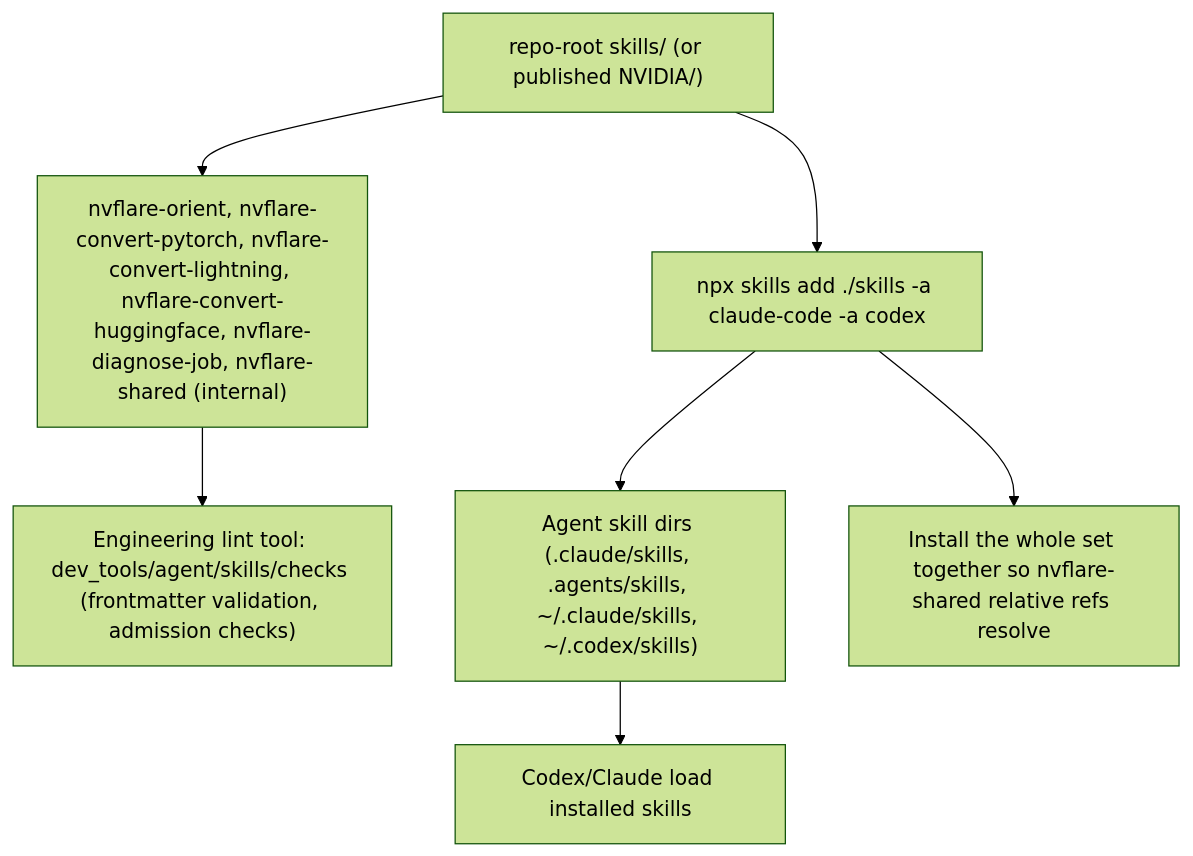
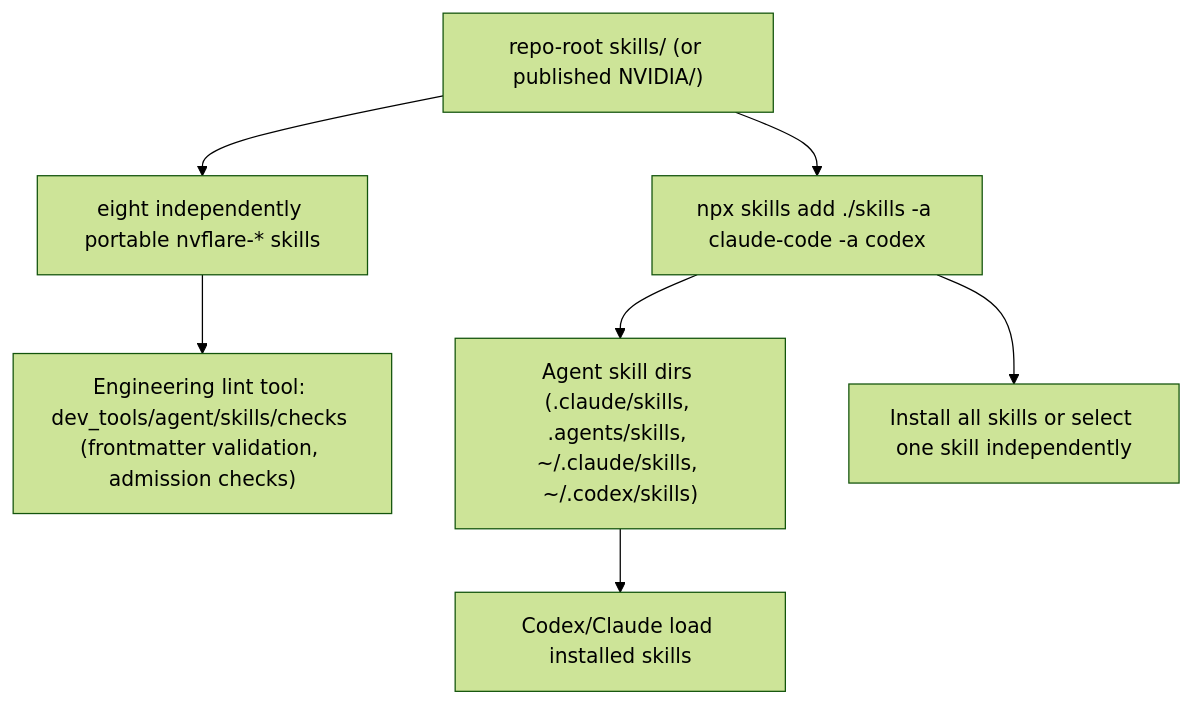
The fourth of 5 diagrams in docs/design/skills_architecture.md (NVIDIA/NVFlare), drawn with Mermaid (forest theme) before and after one commit. The commit also changed other lines of this file and 57 other files, not shown here.

Commit message:
Make NVFlare skills independently portable

````diff
--- a/docs/design/skills_architecture.md
+++ b/docs/design/skills_architecture.md
@@ -212,12 +212,12 @@
 ```mermaid
 flowchart TD
-    SkillsRoot["repo-root skills/ (or published NVIDIA/<skills-repo>)"] --> SkillDirs["nvflare-orient, nvflare-convert-pytorch, nvflare-convert-lightning, nvflare-convert-huggingface, nvflare-diagnose-job, nvflare-shared (internal)"]
+    SkillsRoot["repo-root skills/ (or published NVIDIA/<skills-repo>)"] --> SkillDirs["eight independently portable nvflare-* skills"]
 
     SkillDirs --> Lint["Engineering lint tool: dev_tools/agent/skills/checks (frontmatter validation, admission checks)"]
 
     SkillsRoot --> Install["npx skills add ./skills -a claude-code -a codex"]
     Install --> Target["Agent skill dirs (.claude/skills, .agents/skills, ~/.claude/skills, ~/.codex/skills)"]
     Target --> Discover["Codex/Claude load installed skills"]
 
-    Install --> WholeSet["Install the whole set together so nvflare-shared relative refs resolve"]
+    Install --> AnySet["Install all skills or select one skill independently"]
 ```
````
